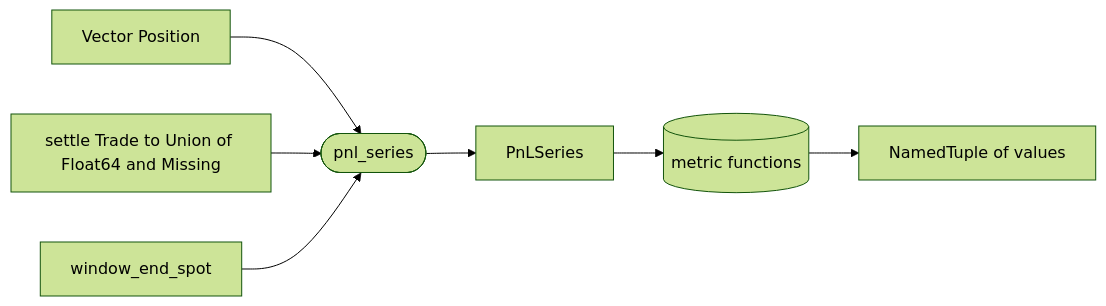
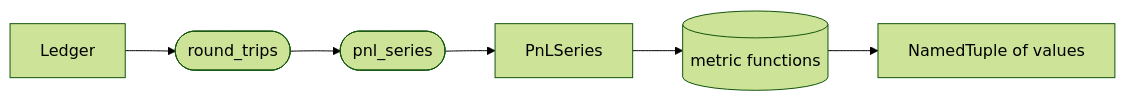
One commit to aleCombi/VolSurfaceAnalysis.jl changed the diagram in docs/modules/metrics.md. Above: the diagram before and after it, drawn with Mermaid (forest theme). The commit also changed other lines of this file and 41 other files, not shown here.

````diff
--- a/docs/modules/metrics.md
+++ b/docs/modules/metrics.md
@@ -12,9 +11,8 @@
 ```mermaid
 flowchart LR
-    Ledger[Vector Position] --> PS([pnl_series])
-    Settle[settle Trade to Union of Float64 and Missing] --> PS
-    WES[window_end_spot] --> PS
+    Ledger[Ledger] --> RT([round_trips])
+    RT --> PS([pnl_series])
     PS --> Series[PnLSeries]
     Series --> Metrics[(metric functions)]
     Metrics --> NT[NamedTuple of values]
 ```
````
